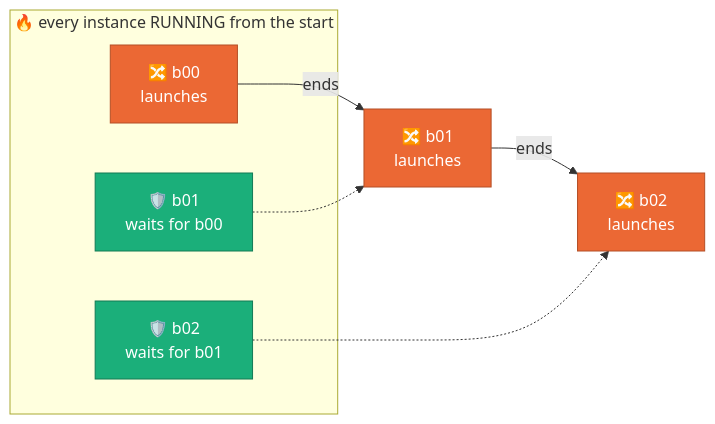
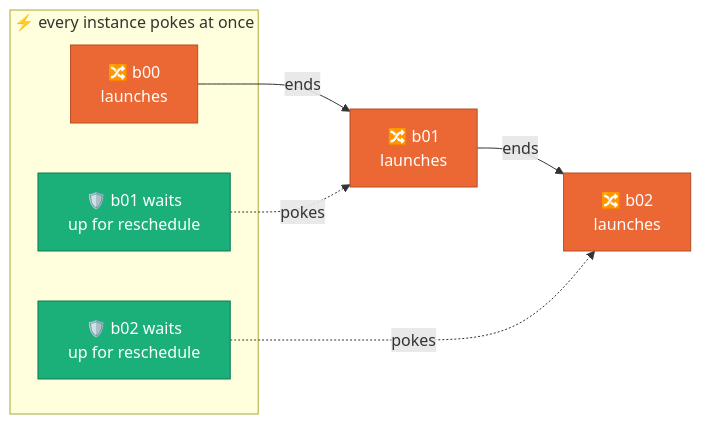
Before and after one commit to albertols/synthetic-llm-dataflow-bigquery: the tenth of 14 diagrams in docs/adr/0045-whole-model-launches.md, drawn with Mermaid. The commit also changed other lines of this file and 7 other files, not shown here.

````diff
--- a/docs/adr/0045-whole-model-launches.md
+++ b/docs/adr/0045-whole-model-launches.md
@@ -442,18 +450,18 @@
 ```mermaid
 flowchart LR
   classDef beam  fill:#eb6834,color:#fff,stroke:#b44f26
   classDef cpu   fill:#1baf7a,color:#fff,stroke:#127a55
   classDef gpu   fill:#7a3fd1,color:#fff,stroke:#5a2f9d
   classDef store fill:#2a78d6,color:#fff,stroke:#1d5599
   classDef data  fill:#6b7280,color:#fff,stroke:#4b5563
 
-  subgraph R["🔥 every instance RUNNING from the start"]
+  subgraph R["⚡ every instance pokes at once"]
     G0["🔀 b00<br/>launches"]:::beam
-    G1["🛡️ b01<br/>waits for b00"]:::cpu
-    G2["🛡️ b02<br/>waits for b01"]:::cpu
+    G1["🛡️ b01 waits<br/>up for reschedule"]:::cpu
+    G2["🛡️ b02 waits<br/>up for reschedule"]:::cpu
   end
   G0 -->|"ends"| L1["🔀 b01<br/>launches"]:::beam
-  G1 -.-> L1
+  G1 -.->|"pokes"| L1
   L1 -->|"ends"| L2["🔀 b02<br/>launches"]:::beam
-  G2 -.-> L2
+  G2 -.->|"pokes"| L2
 ```
````
